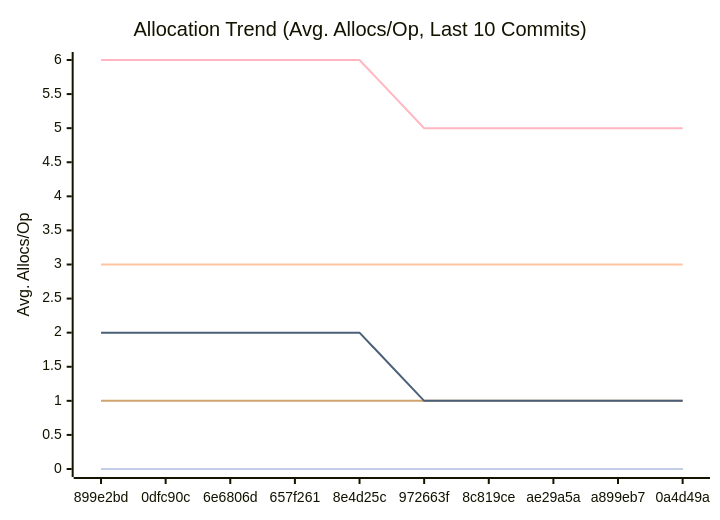
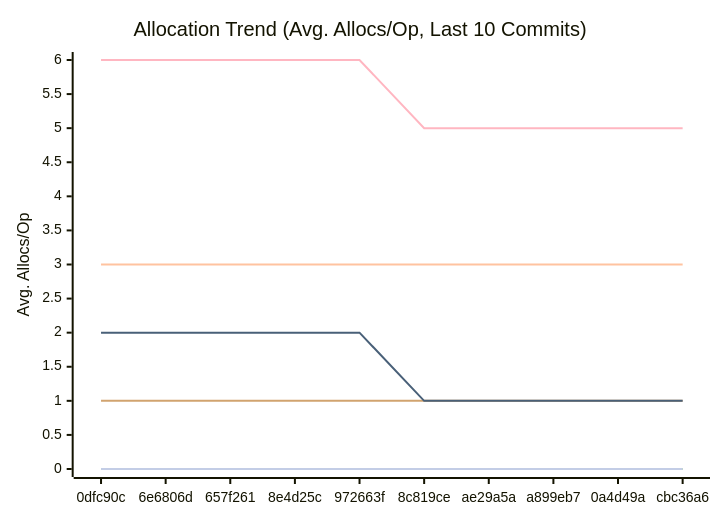
Before and after one commit to alsotoes/momo: the third of 3 diagrams in docs/PERFORMANCE.md, drawn with Mermaid. The commit also changed other lines of this file and 4 other files, not shown here.

````diff
--- a/docs/PERFORMANCE.md
+++ b/docs/PERFORMANCE.md
@@ -114,16 +114,16 @@
 ```mermaid
 xychart-beta
     title "Allocation Trend (Avg. Allocs/Op, Last 10 Commits)"
     x-axis "Commit"
     y-axis "Avg. Allocs/Op"
-    x-axis [899e2bd,0dfc90c,6e6806d,657f261,8e4d25c,972663f,8c819ce,ae29a5a,a899eb7,0a4d49a]
+    x-axis [0dfc90c,6e6806d,657f261,8e4d25c,972663f,8c819ce,ae29a5a,a899eb7,0a4d49a,cbc36a6]
     line "CheckMetricsAndSwap" [0,0,0,0,0,0,0,0,0,0]
     line "CrushOptimized" [0,0,0,0,0,0,0,0,0,0]
     line "CrushOriginal" [3,3,3,3,3,3,3,3,3,3]
     line "IndexDirectTracking" [0,0,0,0,0,0,0,0,0,0]
     line "IndexSearch" [0,0,0,0,0,0,0,0,0,0]
     line "LoadGlobalConfig" [1,1,1,1,1,1,1,1,1,1]
     line "PadString" [0,0,0,0,0,0,0,0,0,0]
     line "ParseReplicationOrder_NoPrealloc" [6,6,6,6,6,5,5,5,5,5]
     line "ParseReplicationOrder_Prealloc" [2,2,2,2,2,1,1,1,1,1]
 ```
````
